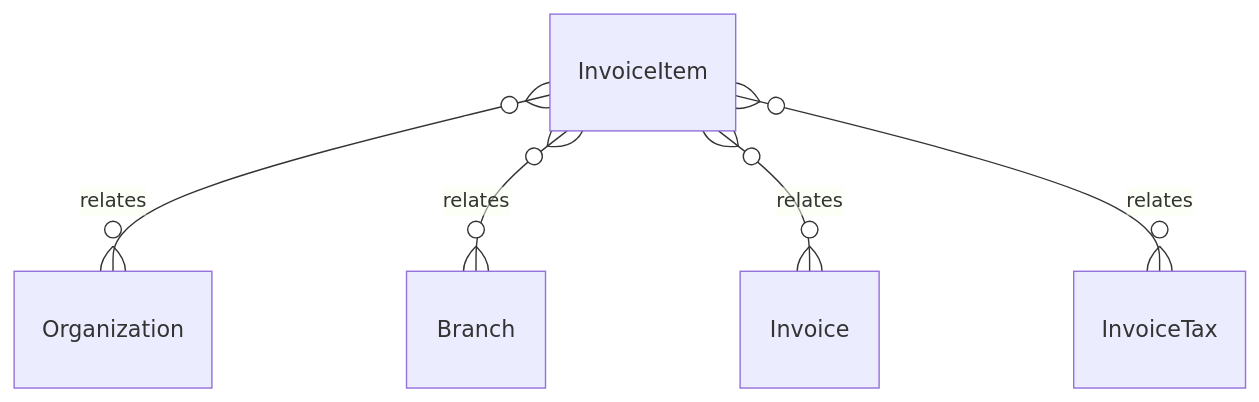
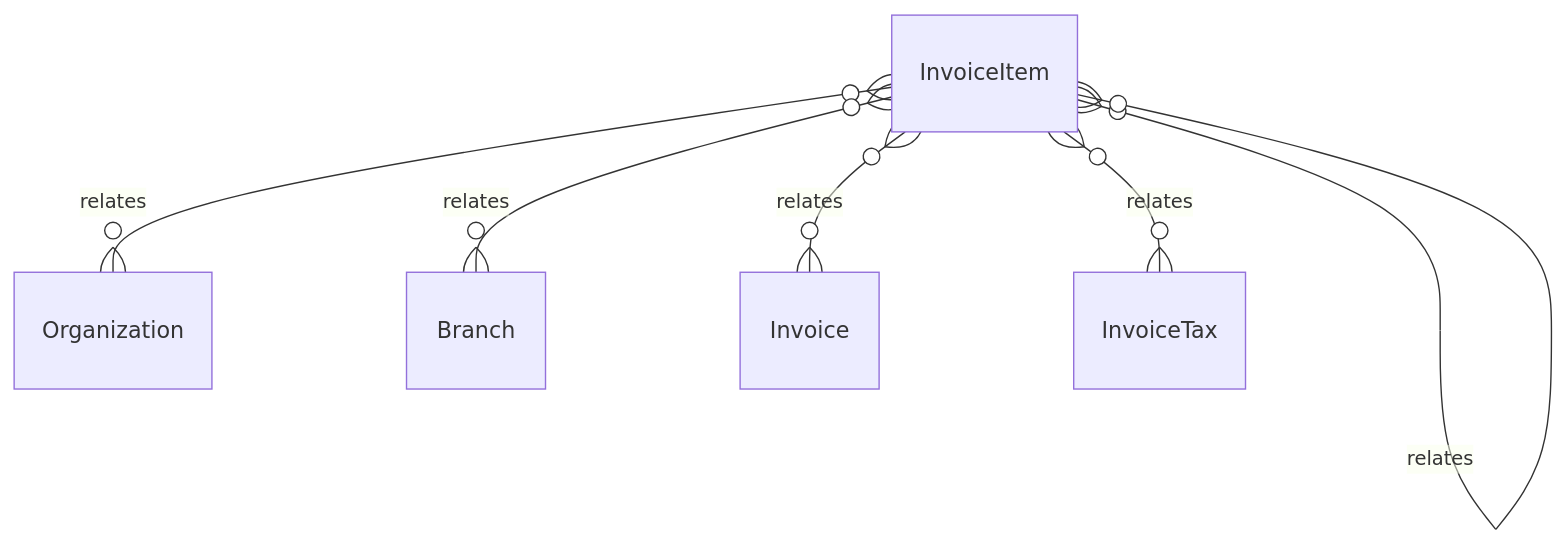
One commit to tejasnirala/rcln changed the diagram in .kb/Database/InvoiceItem.md. Above: the diagram before and after it, drawn with Mermaid. The commit also changed other lines of this file and 171 other files, not shown here.

````diff
--- a/.kb/Database/InvoiceItem.md
+++ b/.kb/Database/InvoiceItem.md
@@ -60,7 +64,8 @@
 ```mermaid
 erDiagram
     InvoiceItem }o--o{ Organization : relates
     InvoiceItem }o--o{ Branch : relates
     InvoiceItem }o--o{ Invoice : relates
     InvoiceItem }o--o{ InvoiceTax : relates
+    InvoiceItem }o--o{ InvoiceItem : relates
 ```
````
